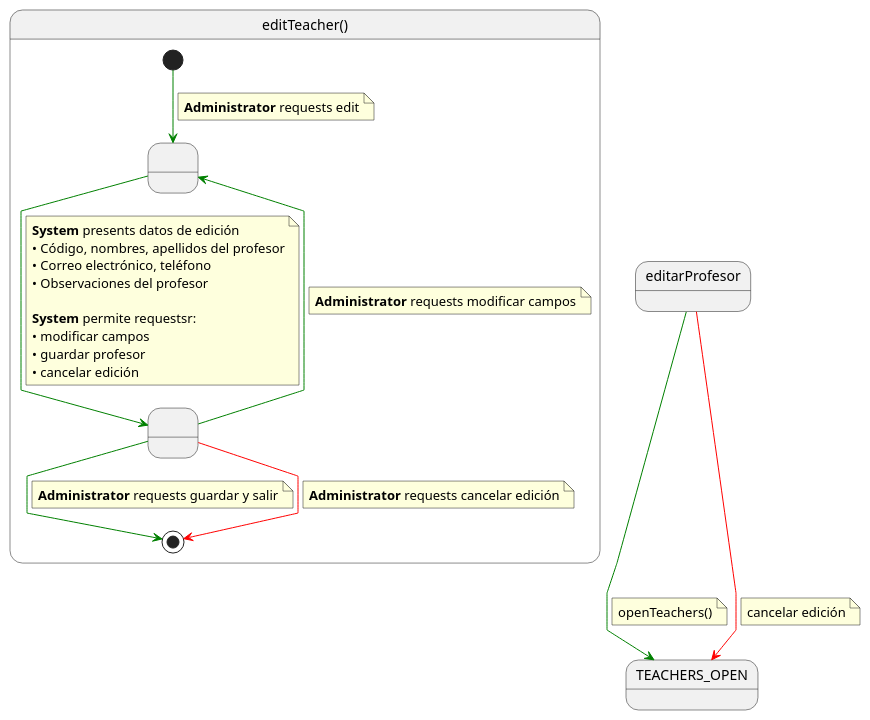
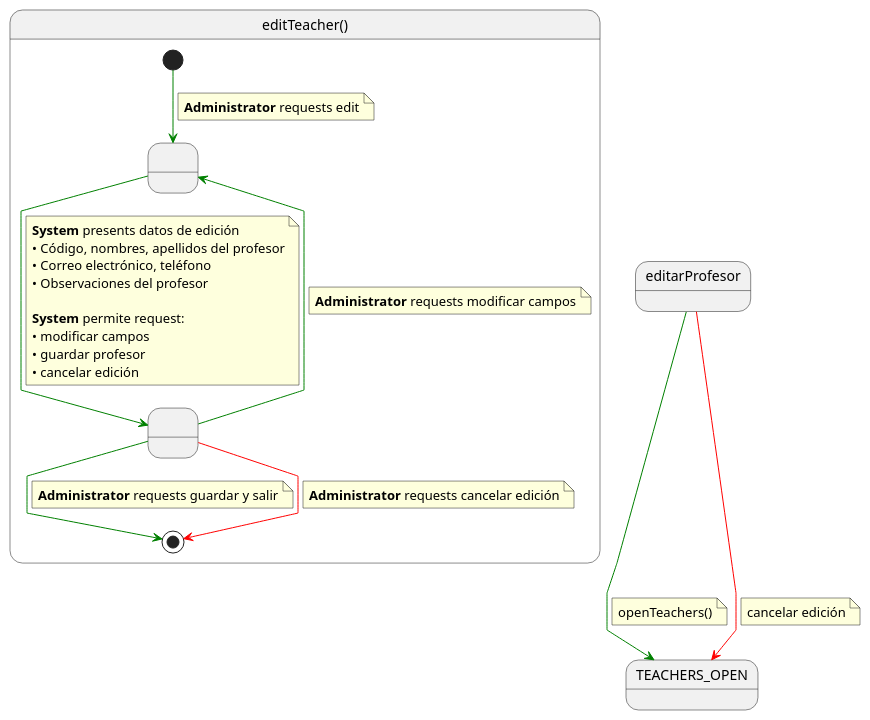
One commit to mmasias/pySigHor changed the diagram in RUP/00-casos-uso/02-detalle/editarProfesor/especificacion.puml. Above: the diagram before and after it, drawn with PlantUML. The commit also changed 34 other files, not shown here.

```diff
--- a/RUP/00-casos-uso/02-detalle/editarProfesor/especificacion.puml
+++ b/RUP/00-casos-uso/02-detalle/editarProfesor/especificacion.puml
@@ -1,55 +1,55 @@
 @startuml editTeacher
 
 skinparam linetype polyline
 
 state editTeacher as "editTeacher()" {
 
     state " " as EditandoDatos
     state " " as SavingData 
 
     [*] -[#green]-> EditandoDatos 
     note on link
     <b>Administrator</b> requests edit
     end note    
     
     EditandoDatos -[#green]-> SavingData
     note on link
     <b>System</b> presents datos de edición
     • Código, nombres, apellidos del profesor
     • Correo electrónico, teléfono
     • Observaciones del profesor
     
-    <b>System</b> permite requestsr:
+    <b>System</b> permite request:
     • modificar campos
     • guardar profesor
     • cancelar edición
     end note
     
     SavingData -[#green]-> EditandoDatos
     note on link
     <b>Administrator</b> requests modificar campos
     end note
     
     SavingData -[#green]-> [*]
     note on link
     <b>Administrator</b> requests guardar y salir
     end note
 
     SavingData -[#red]-> [*]
     note on link
     <b>Administrator</b> requests cancelar edición
     end note
 
 }
 
 editarProfesor -[#green]-> TEACHERS_OPEN
 note on link
 openTeachers()
 end note
 
 editarProfesor -[#red]-> TEACHERS_OPEN
 note on link
 cancelar edición
 end note
 
 @enduml
```
